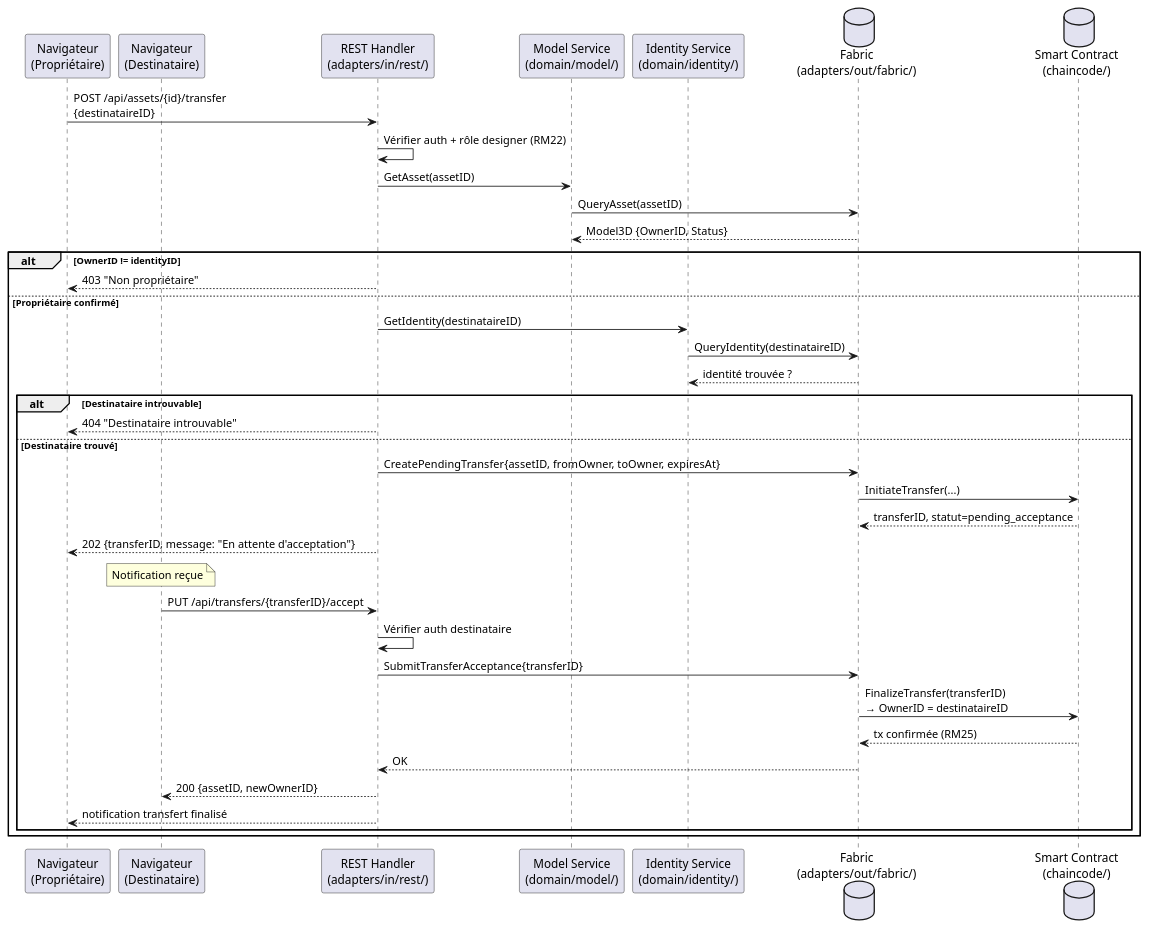
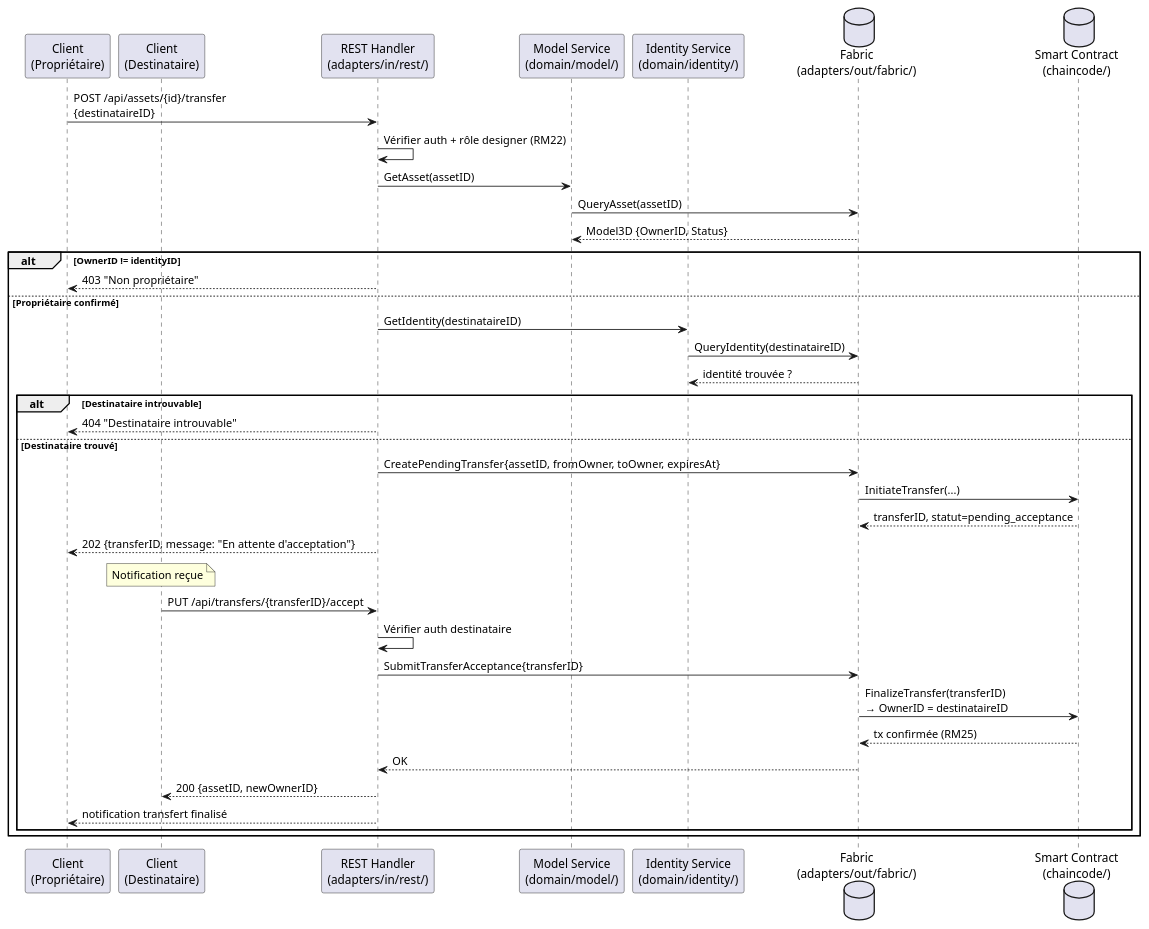
The second of 2 diagrams in specs/2-Analyse/UCPI-Propriete_Intellectuelle/UCPI07.md (olivaux/myr), drawn with PlantUML before and after one commit. The commit also changed other lines of this file and 72 other files, not shown here.

````diff
--- a/specs/2-Analyse/UCPI-Propriete_Intellectuelle/UCPI07.md
+++ b/specs/2-Analyse/UCPI-Propriete_Intellectuelle/UCPI07.md
@@ -113,47 +111,47 @@
 ```plantuml
 @startuml
-participant "Navigateur\n(Propriétaire)" as BrowserOwner
-participant "Navigateur\n(Destinataire)" as BrowserDest
+participant "Client\n(Propriétaire)" as BrowserOwner
+participant "Client\n(Destinataire)" as BrowserDest
 participant "REST Handler\n(adapters/in/rest/)" as REST
 participant "Model Service\n(domain/model/)" as ModelSvc
 participant "Identity Service\n(domain/identity/)" as IdentitySvc
 database "Fabric\n(adapters/out/fabric/)" as Fabric
 database "Smart Contract\n(chaincode/)" as CC
 
 BrowserOwner -> REST : POST /api/assets/{id}/transfer\n{destinataireID}
 REST -> REST : Vérifier auth + rôle designer (RM22)
 REST -> ModelSvc : GetAsset(assetID)
 ModelSvc -> Fabric : QueryAsset(assetID)
 Fabric --> ModelSvc : Model3D {OwnerID, Status}
 
 alt OwnerID != identityID
     REST --> BrowserOwner : 403 "Non propriétaire"
 else Propriétaire confirmé
     REST -> IdentitySvc : GetIdentity(destinataireID)
     IdentitySvc -> Fabric : QueryIdentity(destinataireID)
     Fabric --> IdentitySvc : identité trouvée ?
 
     alt Destinataire introuvable
         REST --> BrowserOwner : 404 "Destinataire introuvable"
     else Destinataire trouvé
         REST -> Fabric : CreatePendingTransfer{assetID, fromOwner, toOwner, expiresAt}
         Fabric -> CC : InitiateTransfer(...)
         CC --> Fabric : transferID, statut=pending_acceptance
         REST --> BrowserOwner : 202 {transferID, message: "En attente d'acceptation"}
 
         note over BrowserDest : Notification reçue
 
         BrowserDest -> REST : PUT /api/transfers/{transferID}/accept
         REST -> REST : Vérifier auth destinataire
         REST -> Fabric : SubmitTransferAcceptance{transferID}
         Fabric -> CC : FinalizeTransfer(transferID)\n→ OwnerID = destinataireID
         CC --> Fabric : tx confirmée (RM25)
         Fabric --> REST : OK
 
         REST --> BrowserDest : 200 {assetID, newOwnerID}
         REST --> BrowserOwner : notification transfert finalisé
     end
 end
 
 @enduml
 ```
````
